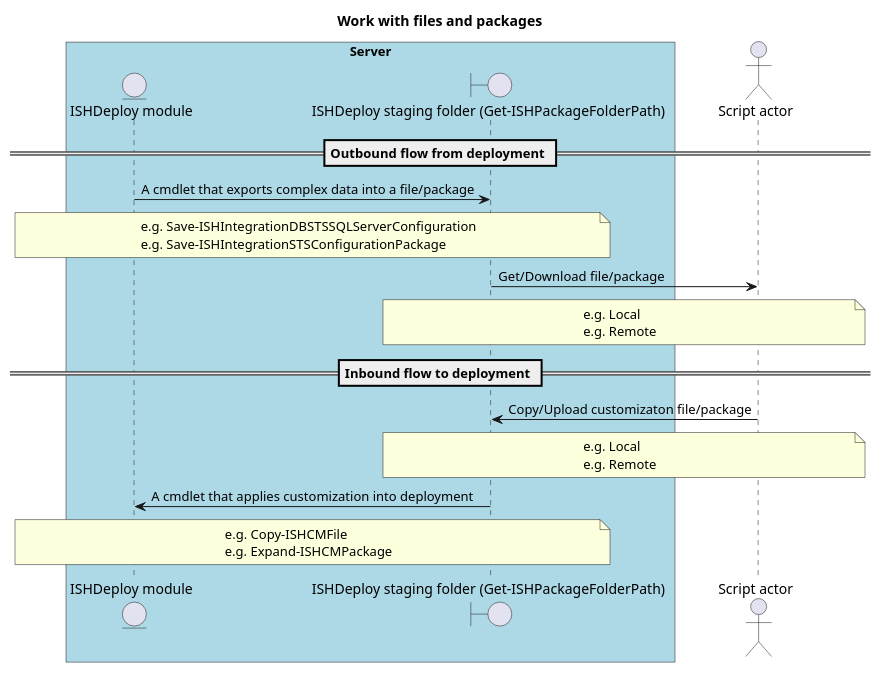
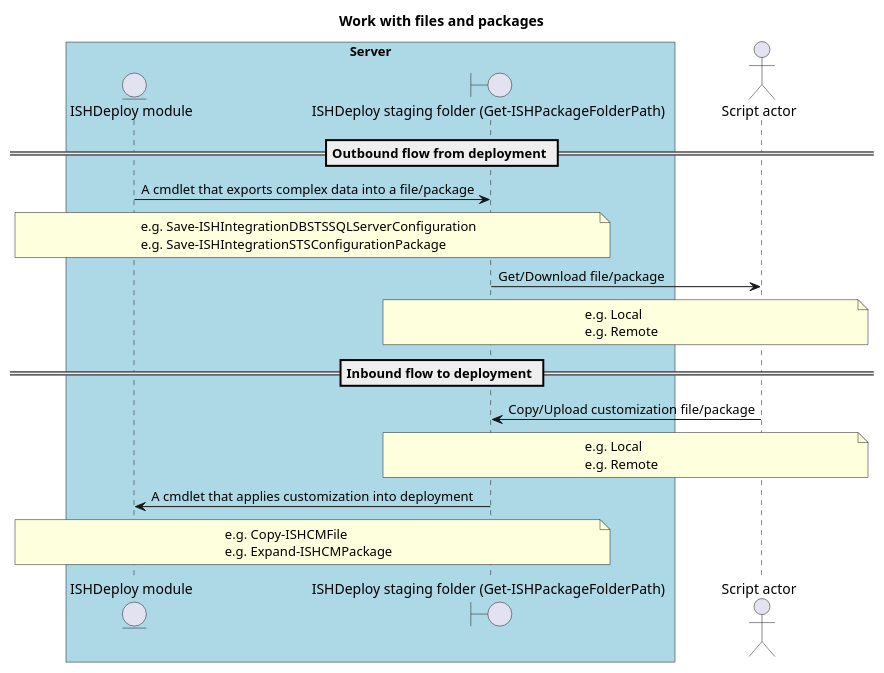
One commit to RWS/ISHDeploy changed the diagram in Source/ISHDeploy.Documentation/Articles/Module/_nopublish/Work with files and packages.plantuml. Above: the diagram before and after it, drawn with PlantUML. The commit also changed 3 other files, not shown here.

```diff
--- a/Source/ISHDeploy.Documentation/Articles/Module/_nopublish/Work with files and packages.plantuml
+++ b/Source/ISHDeploy.Documentation/Articles/Module/_nopublish/Work with files and packages.plantuml
@@ -1,38 +1,38 @@
 @startuml
 
 title Work with files and packages
 
 
 box "Server" #LightBlue
     entity "ISHDeploy module" as ISHDeploy
     boundary "ISHDeploy staging folder (Get-ISHPackageFolderPath)" as PD
 end box
 actor "Script actor" as Actor
 
 == Outbound flow from deployment ==
 
 ISHDeploy -> PD : A cmdlet that exports complex data into a file/package
 note over ISHDeploy, PD
 	e.g. Save-ISHIntegrationDBSTSSQLServerConfiguration
 	e.g. Save-ISHIntegrationSTSConfigurationPackage
 end note
 PD -> Actor : Get/Download file/package
 note over PD, Actor
 	e.g. Local
 	e.g. Remote
 end note
 
 == Inbound flow to deployment ==
 
-Actor -> PD : Copy/Upload customizaton file/package
+Actor -> PD : Copy/Upload customization file/package
 note over PD, Actor
 	e.g. Local
 	e.g. Remote
 end note
 PD -> ISHDeploy : A cmdlet that applies customization into deployment
 note over ISHDeploy, PD
 	e.g. Copy-ISHCMFile
 	e.g. Expand-ISHCMPackage
 end note
 
 @enduml
```
